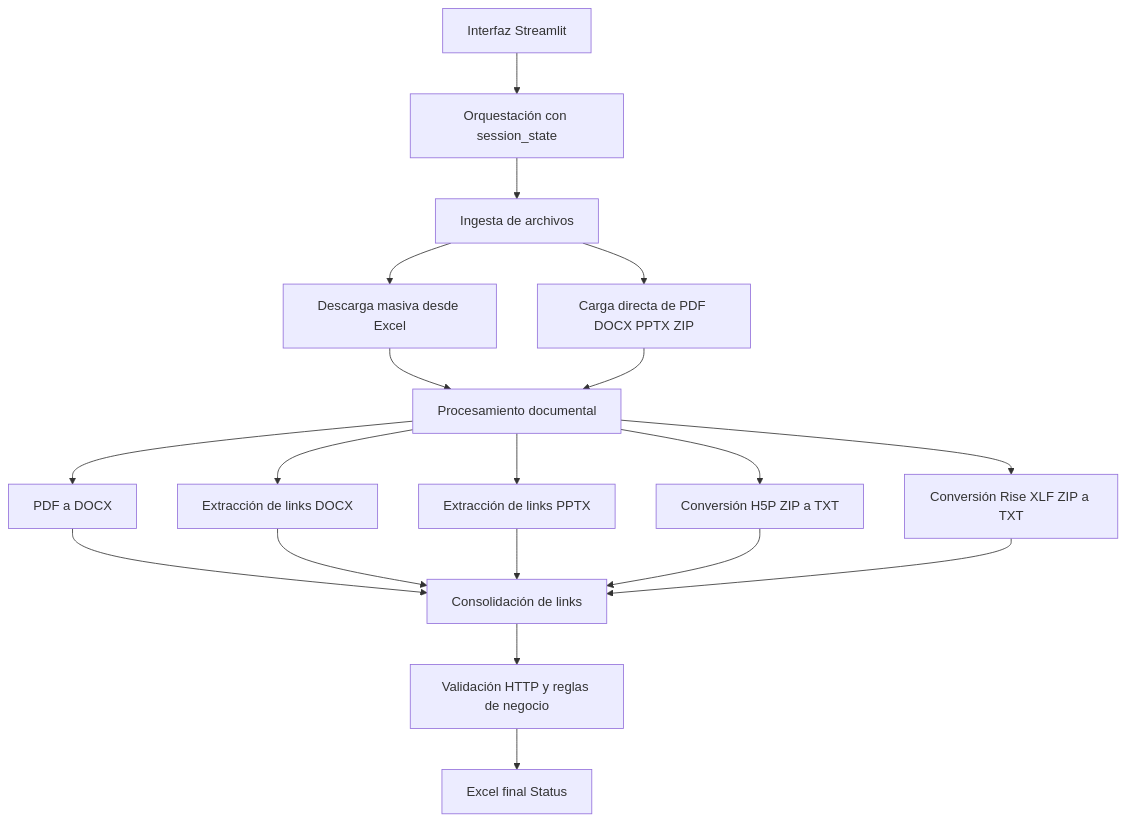
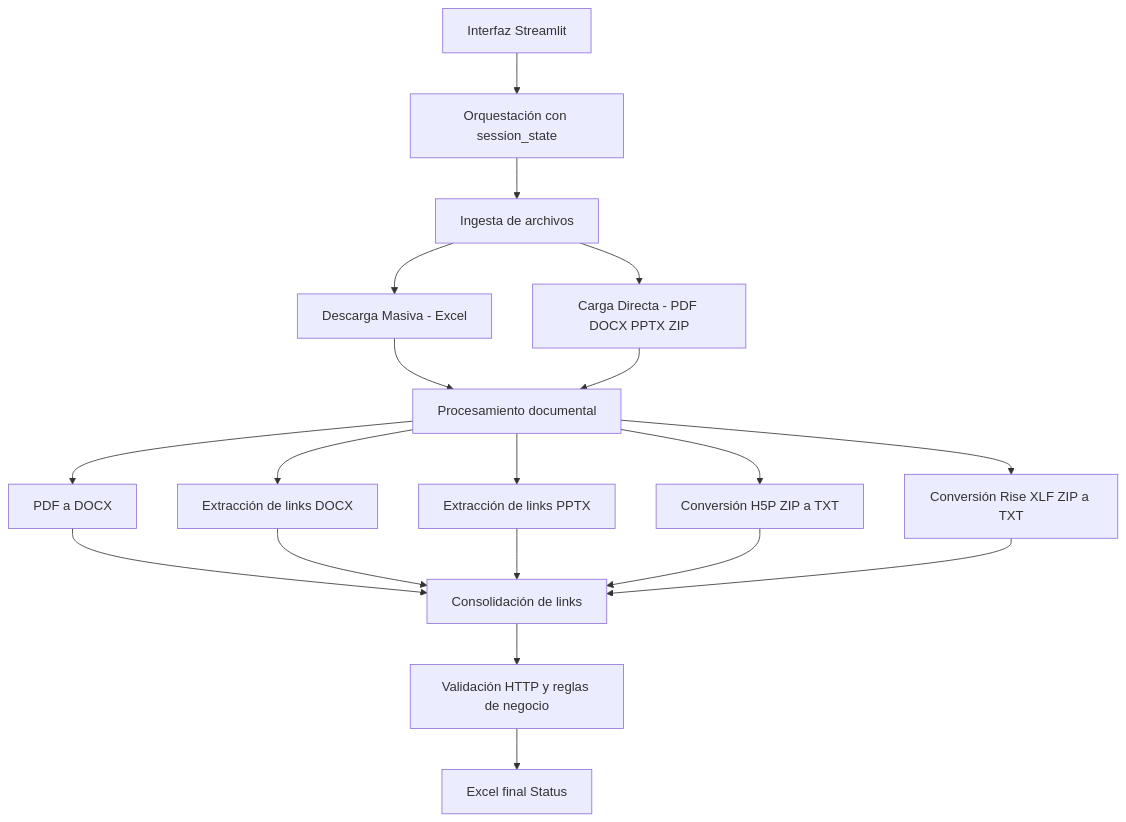
One commit to joseluisantunezcondezo/UTP_Broken_Link_Checker changed the diagram in README.md. Above: the diagram before and after it, drawn with Mermaid.

Commit message:
README.md

````diff
--- a/README.md
+++ b/README.md
@@ -180,21 +180,21 @@
 ```mermaid
 flowchart TD
     A[Interfaz Streamlit] --> B[Orquestación con session_state]
     B --> C[Ingesta de archivos]
-    C --> D1[Descarga masiva desde Excel]
-    C --> D2[Carga directa de PDF DOCX PPTX ZIP]
+    C --> D1[Descarga Masiva - Excel]
+    C --> D2[Carga Directa - PDF DOCX PPTX ZIP]
     D1 --> E[Procesamiento documental]
     D2 --> E
     E --> F1[PDF a DOCX]
     E --> F2[Extracción de links DOCX]
     E --> F3[Extracción de links PPTX]
     E --> F4[Conversión H5P ZIP a TXT]
     E --> F5[Conversión Rise XLF ZIP a TXT]
     F1 --> G[Consolidación de links]
     F2 --> G
     F3 --> G
     F4 --> G
     F5 --> G
     G --> H[Validación HTTP y reglas de negocio]
     H --> I[Excel final Status]
 ```
````
